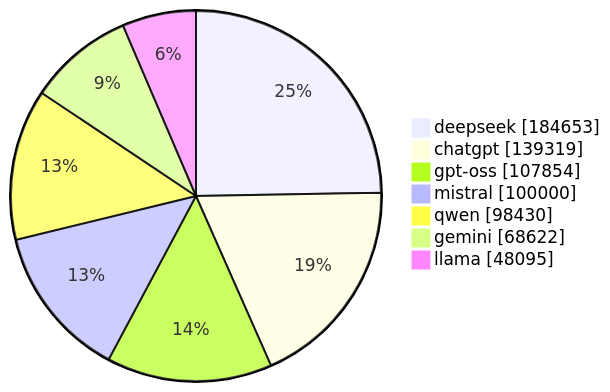
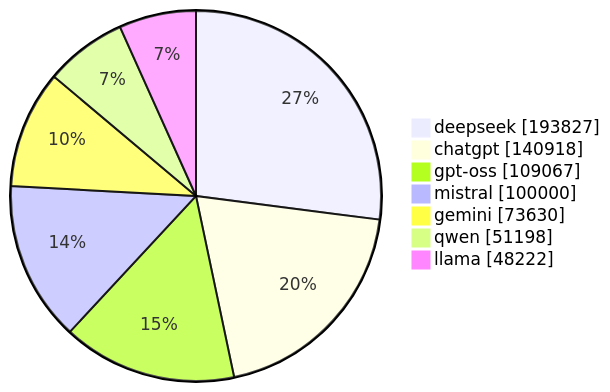
The diagram in README.md (gqgs/llm100kbench), drawn with Mermaid before and after one commit. The commit also changed other lines of this file and 17 other files, not shown here.

````diff
--- a/README.md
+++ b/README.md
@@ -50,10 +50,10 @@
 ```mermaid
 pie showData
-    "deepseek" : 184653
-    "chatgpt" : 139319
-    "gpt-oss" : 107854
+    "deepseek" : 193827
+    "chatgpt" : 140918
+    "gpt-oss" : 109067
     "mistral" : 100000
-    "qwen" : 98430
-    "gemini" : 68622
-    "llama" : 48095
+    "gemini" : 73630
+    "qwen" : 51198
+    "llama" : 48222
 ```
````
